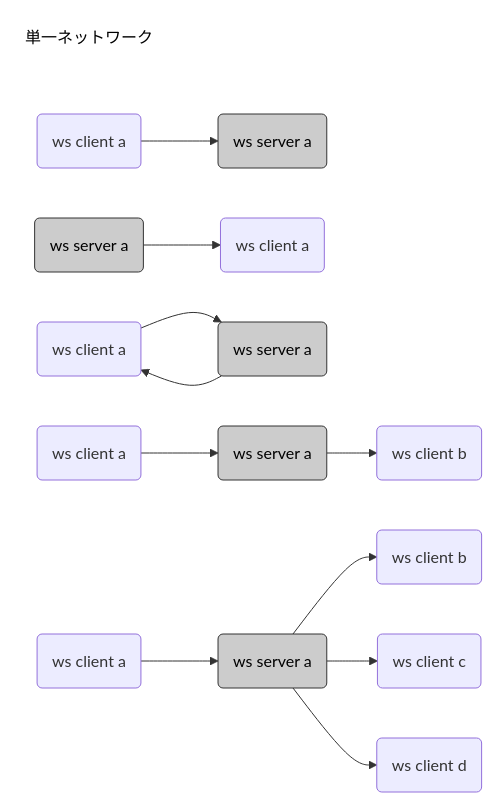
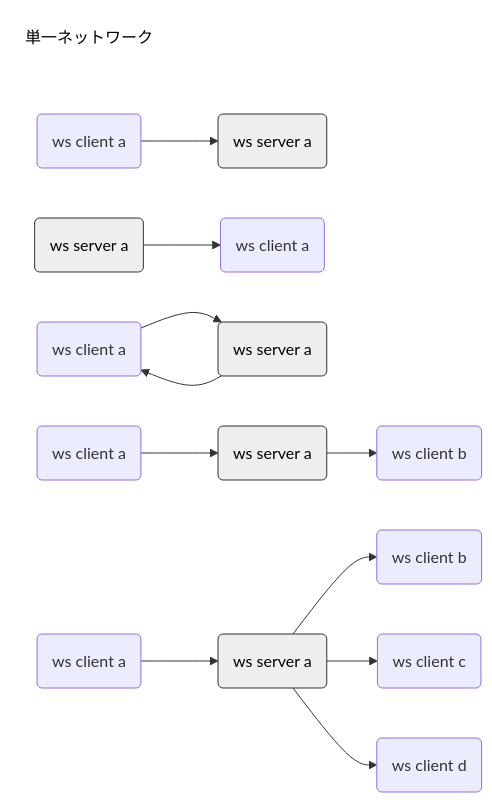
Before and after one commit to toshirot/w2w: the diagram in README.md, drawn with Mermaid.

````diff
--- a/README.md
+++ b/README.md
@@ -10,40 +10,40 @@
 ```mermaid
 flowchart LR
 
 
 text1(単一ネットワーク):::class_text
 
     %%type1
         type1c(ws client a) 
         type1s(ws server a):::class_server
             type1c --> type1s
     %%type2
         type2c(ws client a) 
         type2s(ws server a):::class_server
            type2s --> type2c 
     %%type3
         type3c(ws client a) 
         type3s(ws server a):::class_server
             type3c --> type3s  --> type3c
     %%type4
         type4c1(ws client a) 
         type4s1(ws server a):::class_server 
         type4c2(ws client b) 
             type4c1 --> type4s1  --> type4c2
             
        
     %%type5
         type5c1(ws client a) 
         type5s1(ws server a):::class_server 
         type5c2(ws client b) 
         type5c3(ws client c) 
         type5c4(ws client d) 
             type5c1 --> type5s1  --> type5c2
                         type5s1  --> type5c3
                         type5s1  --> type5c4
 
  
-classDef class_server fill:#ccc,color:#000,stroke:#333
+classDef class_server fill:#eee,color:#000,stroke:#333
 classDef class_text fill:#fff,color:#000,stroke:#fff
 
 ```
````
